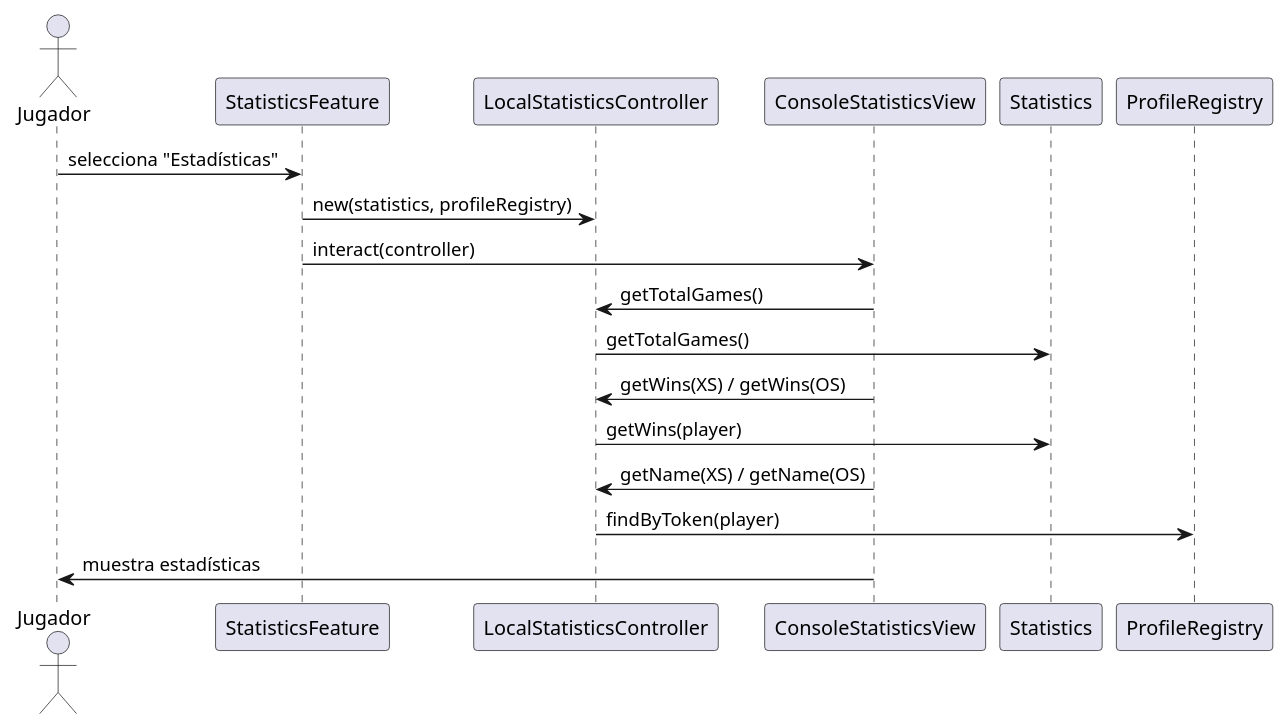
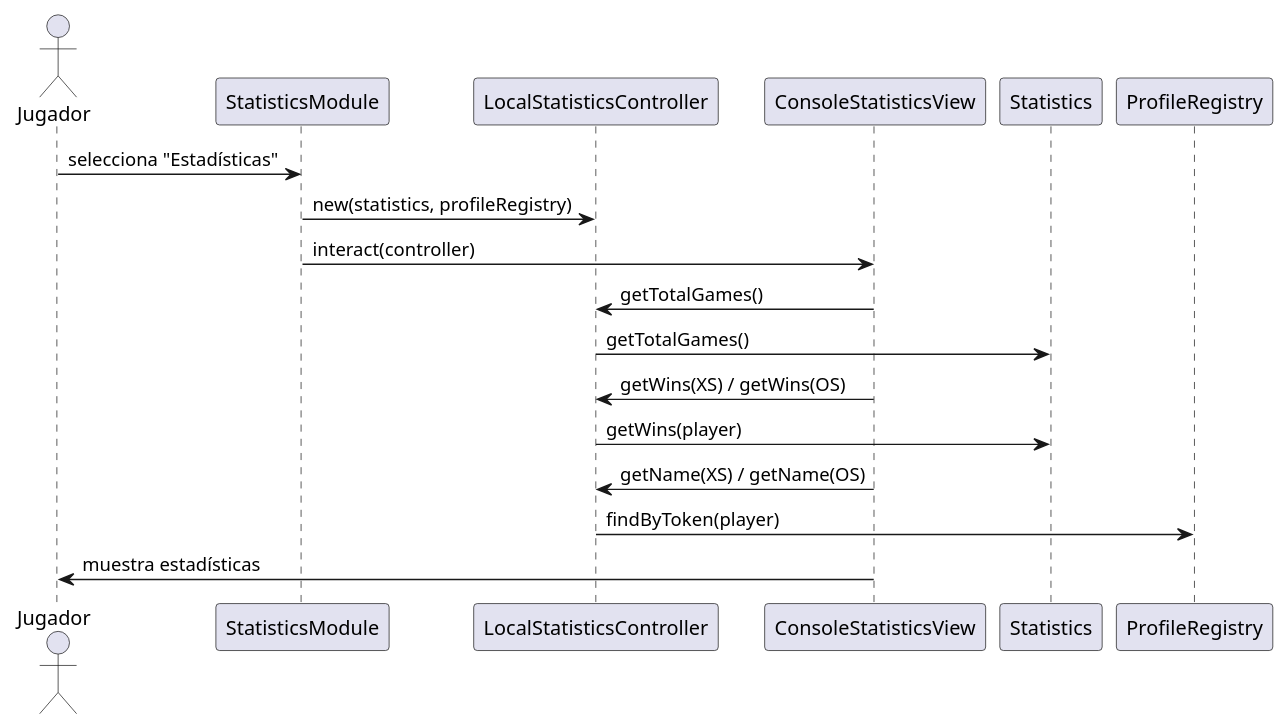
One commit to pcarroza/tictactoe-java changed the diagram in docs/4+1views/escenarios/secuencia-estadisticas.puml. Above: the diagram before and after it, drawn with PlantUML. The commit also changed 396 other files, not shown here.

```diff
--- a/docs/4+1views/escenarios/secuencia-estadisticas.puml
+++ b/docs/4+1views/escenarios/secuencia-estadisticas.puml
@@ -1,19 +1,20 @@
 @startuml secuencia-estadisticas
 actor Jugador
-participant StatisticsFeature
+participant StatisticsModule
 participant LocalStatisticsController
 participant ConsoleStatisticsView
 participant Statistics
 participant ProfileRegistry
 
-Jugador -> StatisticsFeature : selecciona "Estadísticas"
-StatisticsFeature -> LocalStatisticsController : new(statistics, profileRegistry)
-StatisticsFeature -> ConsoleStatisticsView : interact(controller)
+Jugador -> StatisticsModule : selecciona "Estadísticas"
+StatisticsModule -> LocalStatisticsController : new(statistics, profileRegistry)
+StatisticsModule -> ConsoleStatisticsView : interact(controller)
 ConsoleStatisticsView -> LocalStatisticsController : getTotalGames()
 LocalStatisticsController -> Statistics : getTotalGames()
 ConsoleStatisticsView -> LocalStatisticsController : getWins(XS) / getWins(OS)
 LocalStatisticsController -> Statistics : getWins(player)
 ConsoleStatisticsView -> LocalStatisticsController : getName(XS) / getName(OS)
 LocalStatisticsController -> ProfileRegistry : findByToken(player)
 ConsoleStatisticsView -> Jugador : muestra estadísticas
+
 @enduml
```
